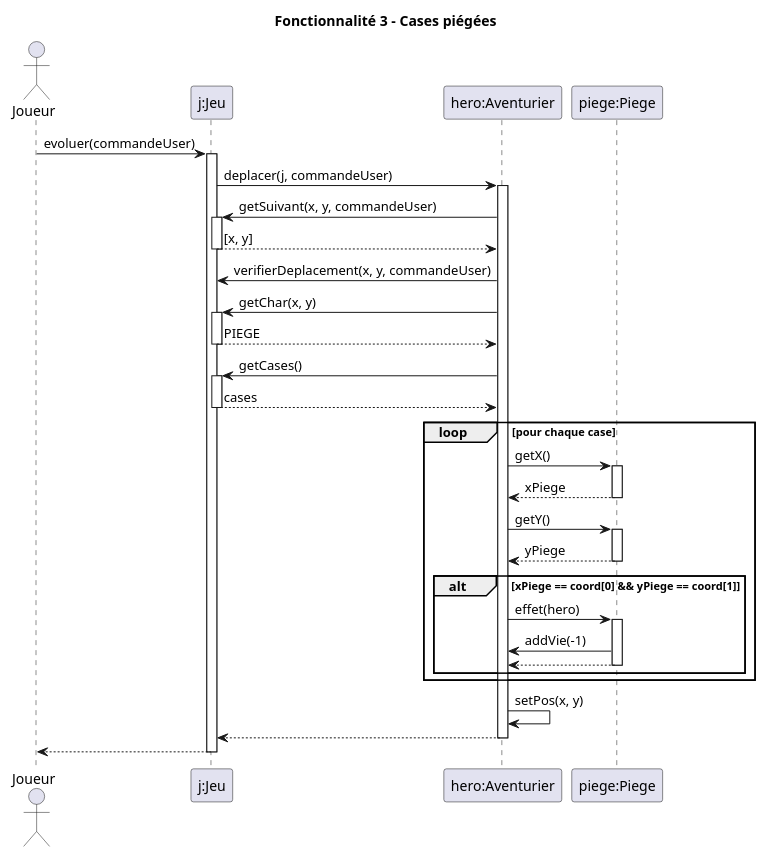
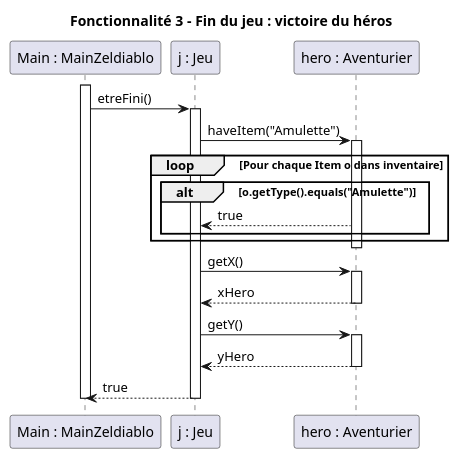
One commit to lucas-martinati-pro/SAE_S2.01_Zeldiablo-LucasM_JeanLM_PierreGSV changed the diagram in documents/version_3/Diagrammes Séquence/Fonctionnalité 3.puml. Above: the diagram before and after it, drawn with PlantUML. The commit also changed 9 other files, not shown here.

Commit message:
add: Diagramme de séquence des fonctionnalités, v3

```diff
--- a/documents/version_3/Diagrammes Séquence/Fonctionnalité 3.puml
+++ b/documents/version_3/Diagrammes Séquence/Fonctionnalité 3.puml
@@ -1,57 +1,35 @@
 @startuml
-title Fonctionnalité 3 - Cases piégées
+title Fonctionnalité 3 - Fin du jeu : victoire du héros
 
-actor Joueur
-participant "j:Jeu" as Jeu
-participant "hero:Aventurier" as Hero
-participant "piege:Piege" as Piege
+participant "Main : MainZeldiablo" as Main
+participant "j : Jeu" as Jeu
+participant "hero : Aventurier" as Hero
 
-Joueur -> Jeu : evoluer(commandeUser)
+activate Main
+Main -> Jeu : etreFini()
 activate Jeu
 
-Jeu -> Hero : deplacer(j, commandeUser)
+Jeu -> Hero : haveItem("Amulette")
 activate Hero
 
-Hero -> Jeu : getSuivant(x, y, commandeUser)
-activate Jeu
-Jeu --> Hero : [x, y]
-deactivate Jeu
-
-Hero -> Jeu : verifierDeplacement(x, y, commandeUser)
-
-Hero -> Jeu : getChar(x, y)
-activate Jeu
-Jeu --> Hero : PIEGE
-deactivate Jeu
-
-Hero -> Jeu : getCases()
-activate Jeu
-Jeu --> Hero : cases
-deactivate Jeu
-
-loop pour chaque case
-    Hero -> Piege : getX()
-    activate Piege
-    Piege --> Hero : xPiege
-    deactivate Piege
-    Hero -> Piege : getY()
-    activate Piege
-    Piege --> Hero : yPiege
-    deactivate Piege
-    alt xPiege == coord[0] && yPiege == coord[1]
-        Hero -> Piege : effet(hero)
-        activate Piege
-        Piege -> Hero : addVie(-1)
-        Piege --> Hero
-        deactivate Piege
+loop Pour chaque Item o dans inventaire
+    alt o.getType().equals("Amulette")
+        Hero --> Jeu : true
     end
 end
-
-Hero -> Hero : setPos(x, y)
-
-Hero --> Jeu
 deactivate Hero
 
-Jeu --> Joueur
+Jeu -> Hero : getX()
+activate Hero
+Hero --> Jeu : xHero
+deactivate Hero
+
+Jeu -> Hero : getY()
+activate Hero
+Hero --> Jeu : yHero
+deactivate Hero
+
+Jeu --> Main : true
 deactivate Jeu
+deactivate Main
 @enduml
```
